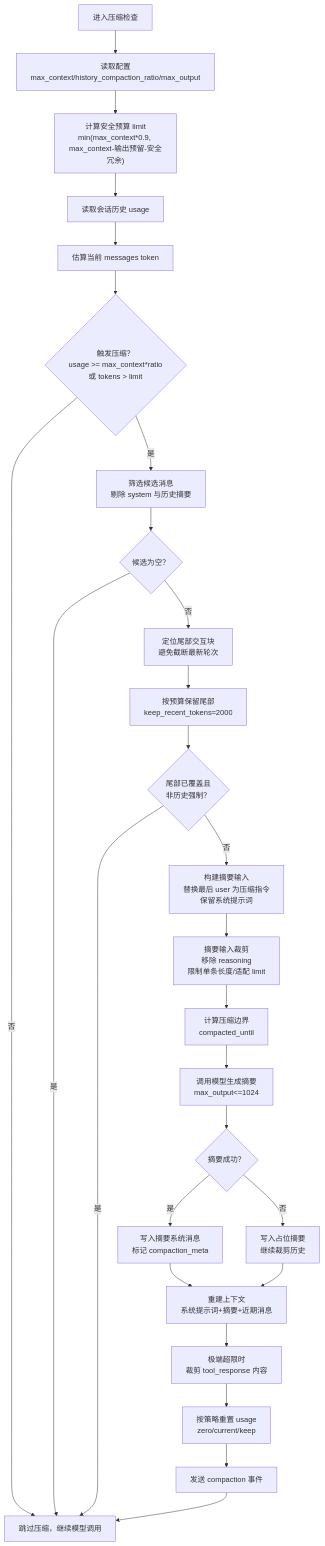
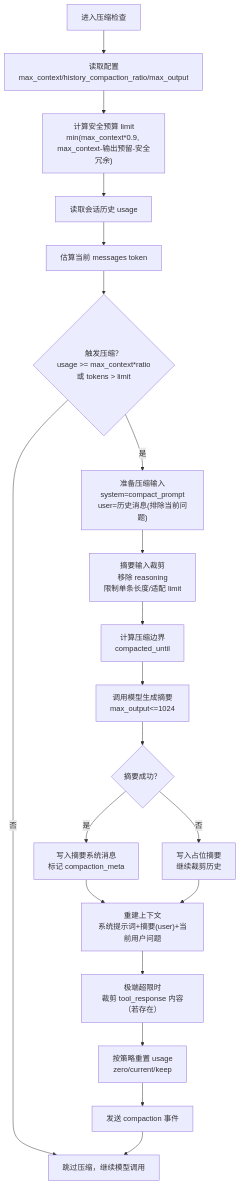
The fifth of 5 diagrams in docs/系统介绍.md (ylsdamxssjxxdd/wunder), drawn with Mermaid before and after one commit. The commit also changed other lines of this file and 9 other files, not shown here.

````diff
--- a/docs/系统介绍.md
+++ b/docs/系统介绍.md
@@ -193,29 +194,22 @@
 ```mermaid
 flowchart TD
   A["进入压缩检查"] --> B["读取配置<br/>max_context/history_compaction_ratio/max_output"]
   B --> C["计算安全预算 limit<br/>min(max_context*0.9, max_context-输出预留-安全冗余)"]
   C --> D["读取会话历史 usage"]
   D --> E["估算当前 messages token"]
   E --> F{"触发压缩？<br/>usage >= max_context*ratio<br/>或 tokens > limit"}
   F -- "否" --> Z["跳过压缩，继续模型调用"]
-  F -- "是" --> G["筛选候选消息<br/>剔除 system 与历史摘要"]
-  G --> H{"候选为空？"}
-  H -- "是" --> Z
-  H -- "否" --> I["定位尾部交互块<br/>避免截断最新轮次"]
-  I --> J["按预算保留尾部<br/>keep_recent_tokens≈2000"]
-  J --> K{"尾部已覆盖且<br/>非历史强制？"}
-  K -- "是" --> Z
-  K -- "否" --> L["构建摘要输入<br/>替换最后 user 为压缩指令<br/>保留系统提示词"]
-  L --> M["摘要输入裁剪<br/>移除 reasoning<br/>限制单条长度/适配 limit"]
-  M --> N["计算压缩边界<br/>compacted_until"]
-  N --> O["调用模型生成摘要<br/>max_output<=1024"]
-  O --> P{"摘要成功？"}
-  P -- "是" --> Q["写入摘要系统消息<br/>标记 compaction_meta"]
-  P -- "否" --> R["写入占位摘要<br/>继续裁剪历史"]
-  Q --> S["重建上下文<br/>系统提示词+摘要+近期消息"]
-  R --> S
-  S --> T["极端超限时<br/>裁剪 tool_response 内容"]
-  T --> U["按策略重置 usage<br/>zero/current/keep"]
-  U --> V["发送 compaction 事件"]
-  V --> Z
+  F -- "是" --> G["准备压缩输入<br/>system=compact_prompt<br/>user=历史消息(排除当前问题)"]
+  G --> H["摘要输入裁剪<br/>移除 reasoning<br/>限制单条长度/适配 limit"]
+  H --> I["计算压缩边界<br/>compacted_until"]
+  I --> J["调用模型生成摘要<br/>max_output<=1024"]
+  J --> K{"摘要成功？"}
+  K -- "是" --> L["写入摘要系统消息<br/>标记 compaction_meta"]
+  K -- "否" --> M["写入占位摘要<br/>继续裁剪历史"]
+  L --> N["重建上下文<br/>系统提示词+摘要(user)+当前用户问题"]
+  M --> N
+  N --> O["极端超限时<br/>裁剪 tool_response 内容（若存在）"]
+  O --> P["按策略重置 usage<br/>zero/current/keep"]
+  P --> Q["发送 compaction 事件"]
+  Q --> Z
 ```
````
